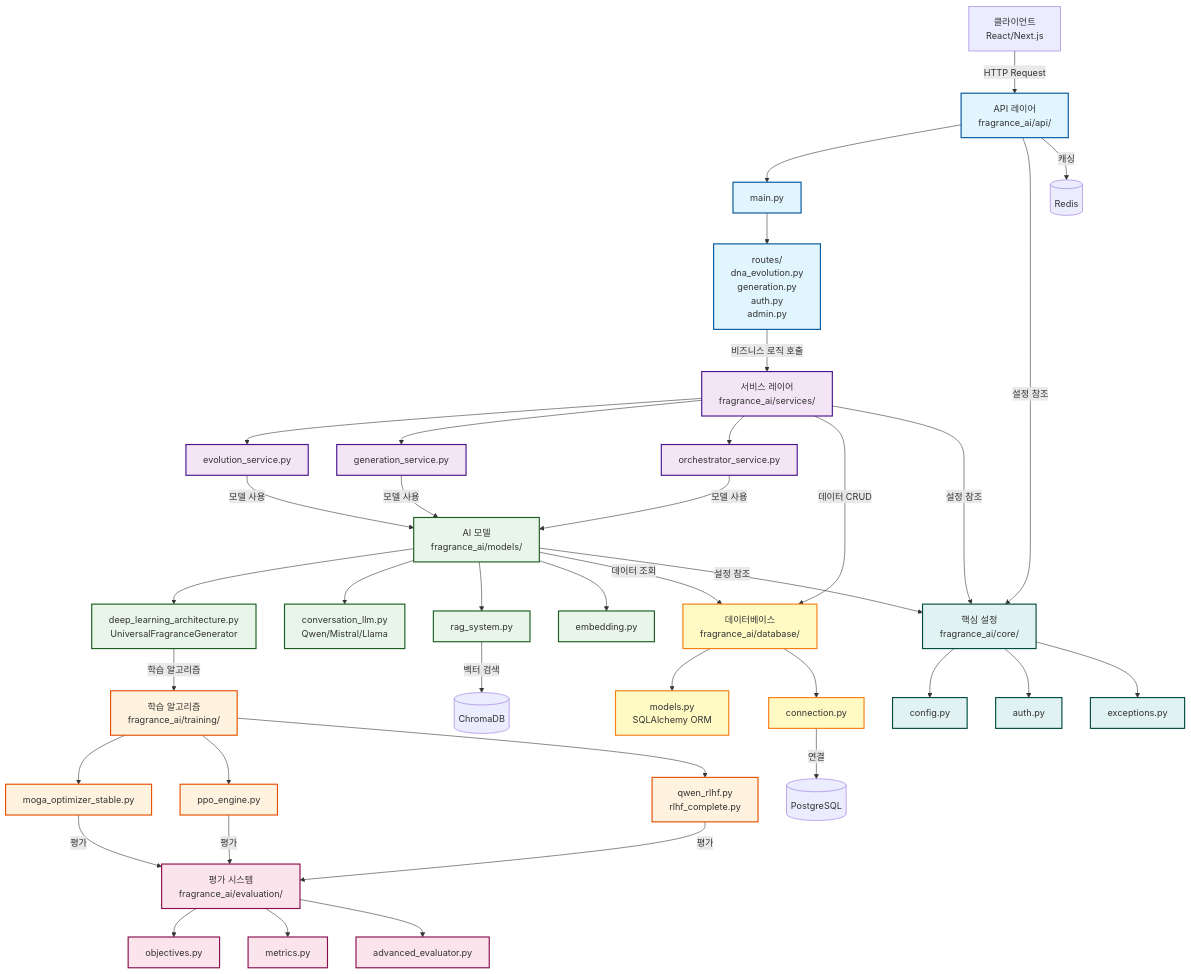
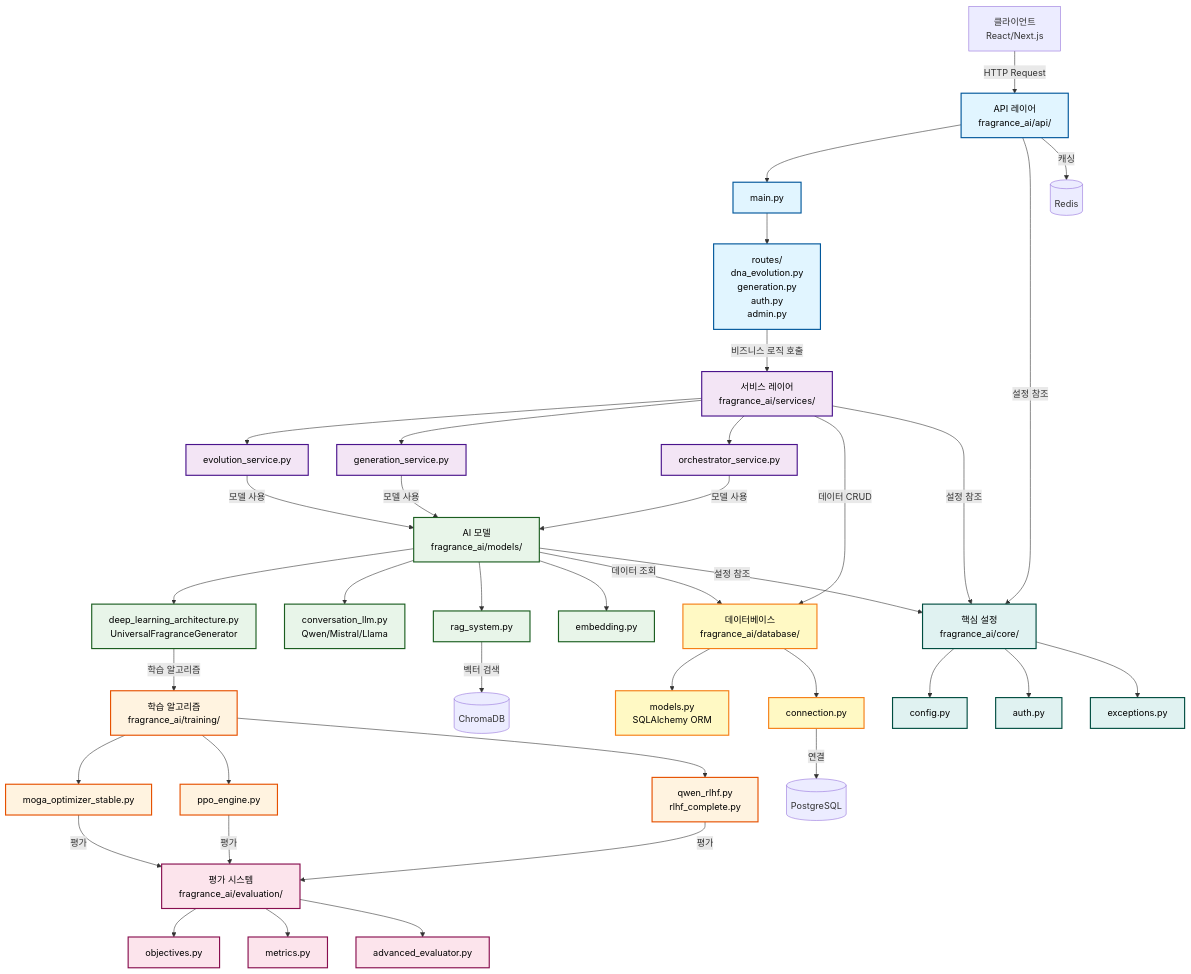
Before and after one commit to junseong2im/DeulSoom: the first of 2 diagrams in README.md, drawn with Mermaid.

Commit message:
docs: Change diagram text color to black for better readability

```diff
--- a/README.md
+++ b/README.md
@@ -182,13 +182,13 @@
     RAG -->|벡터 검색| ChromaDB
 
     %% 스타일
-    classDef apiClass fill:#e1f5ff,stroke:#01579b,stroke-width:2px
-    classDef serviceClass fill:#f3e5f5,stroke:#4a148c,stroke-width:2px
-    classDef modelClass fill:#e8f5e9,stroke:#1b5e20,stroke-width:2px
-    classDef trainingClass fill:#fff3e0,stroke:#e65100,stroke-width:2px
-    classDef evalClass fill:#fce4ec,stroke:#880e4f,stroke-width:2px
-    classDef dbClass fill:#fff9c4,stroke:#f57f17,stroke-width:2px
-    classDef coreClass fill:#e0f2f1,stroke:#004d40,stroke-width:2px
+    classDef apiClass fill:#e1f5ff,stroke:#01579b,stroke-width:2px,color:#000
+    classDef serviceClass fill:#f3e5f5,stroke:#4a148c,stroke-width:2px,color:#000
+    classDef modelClass fill:#e8f5e9,stroke:#1b5e20,stroke-width:2px,color:#000
+    classDef trainingClass fill:#fff3e0,stroke:#e65100,stroke-width:2px,color:#000
+    classDef evalClass fill:#fce4ec,stroke:#880e4f,stroke-width:2px,color:#000
+    classDef dbClass fill:#fff9c4,stroke:#f57f17,stroke-width:2px,color:#000
+    classDef coreClass fill:#e0f2f1,stroke:#004d40,stroke-width:2px,color:#000
 
     class API,API_Main,API_Routes apiClass
     class Services,EvolutionSvc,GenerationSvc,OrchestratorSvc serviceClass
```
